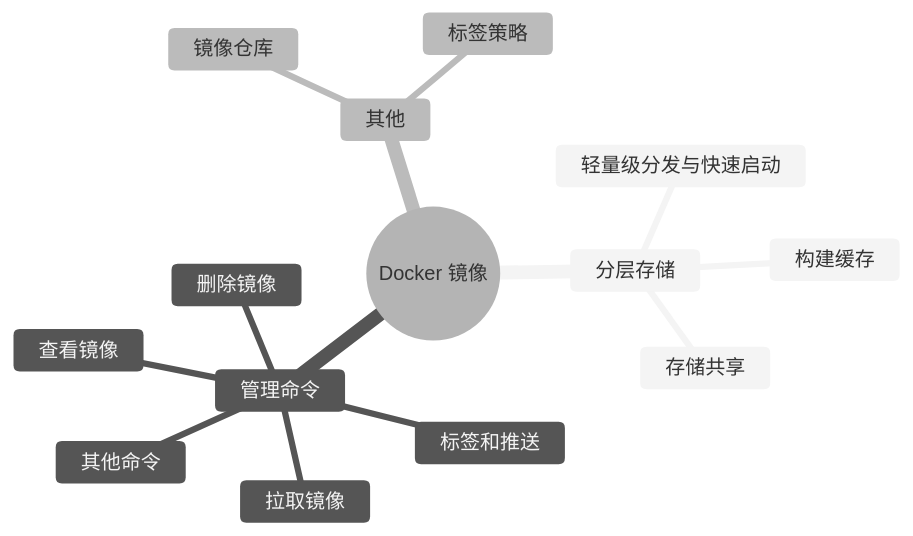
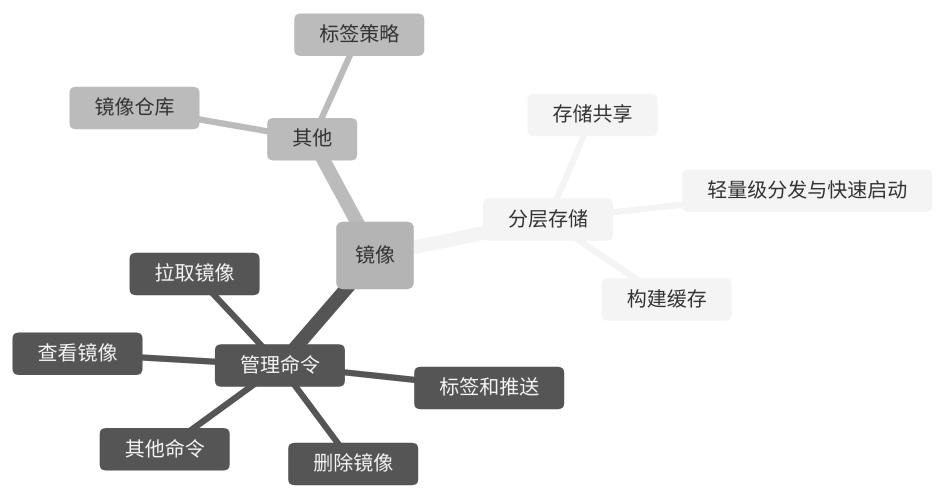
Before and after one commit to wangxiangnan/wangxiangnan.github.io: the diagram in src/docker/ch03.md, drawn with Mermaid (neutral theme). The commit also changed 4 other files, not shown here.

Commit message:
给docker第3、4、5章增加mindmap

````diff
--- a/src/docker/ch03.md
+++ b/src/docker/ch03.md
@@ -307,17 +301,17 @@
 ```mermaid
 mindmap
-  root((Docker 镜像))
+  root(镜像)
     分层存储
       存储共享
       构建缓存
       轻量级分发与快速启动
     管理命令
       查看镜像
       拉取镜像
       删除镜像
       标签和推送
       其他命令
     其他
       镜像仓库
       标签策略
 ```
````
